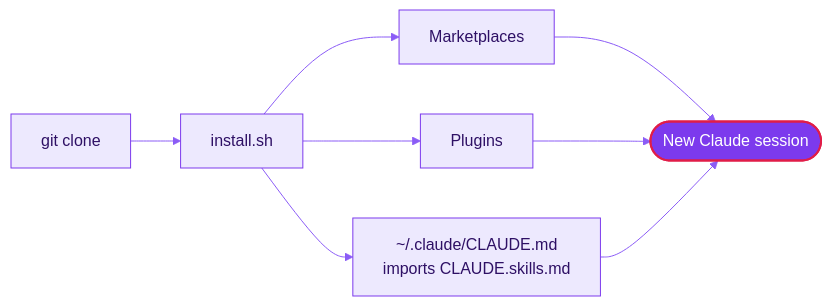
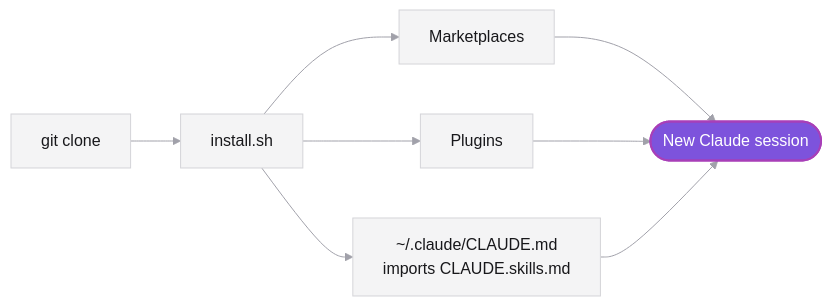
One commit to droneey/aikit changed the diagram in README.md. Above: the diagram before and after it, drawn with Mermaid. The commit also changed other lines of this file and 8 other files, not shown here.

First line of the commit message:
docs: Move the README to a neutral base with a violet-to-fuchsia accent (#8)

````diff
--- a/README.md
+++ b/README.md
@@ -36,11 +35,11 @@
 ```mermaid
-%%{init: {"theme": "base", "themeVariables": {"primaryColor": "#EDE9FE", "primaryBorderColor": "#7C3AED", "primaryTextColor": "#2E1065", "lineColor": "#8B5CF6"}}}%%
+%%{init: {"theme": "base", "themeVariables": {"primaryColor": "#F4F4F5", "primaryBorderColor": "#D4D4D8", "primaryTextColor": "#18181B", "lineColor": "#A1A1AA"}}}%%
 flowchart LR
   clone["git clone"] --> install["install.sh"]
   install --> marketplaces["Marketplaces"]
   install --> plugins["Plugins"]
   install --> memory["~/.claude/CLAUDE.md<br/>imports CLAUDE.skills.md"]
   marketplaces & plugins & memory --> session(["New Claude session"])
-  classDef accent fill:#7C3AED,stroke:#E11D48,stroke-width:2px,color:#FFFFFF
+  classDef accent fill:#7D53DC,stroke:#A83FB8,stroke-width:2px,color:#FFFFFF
   class session accent
 ```
````
